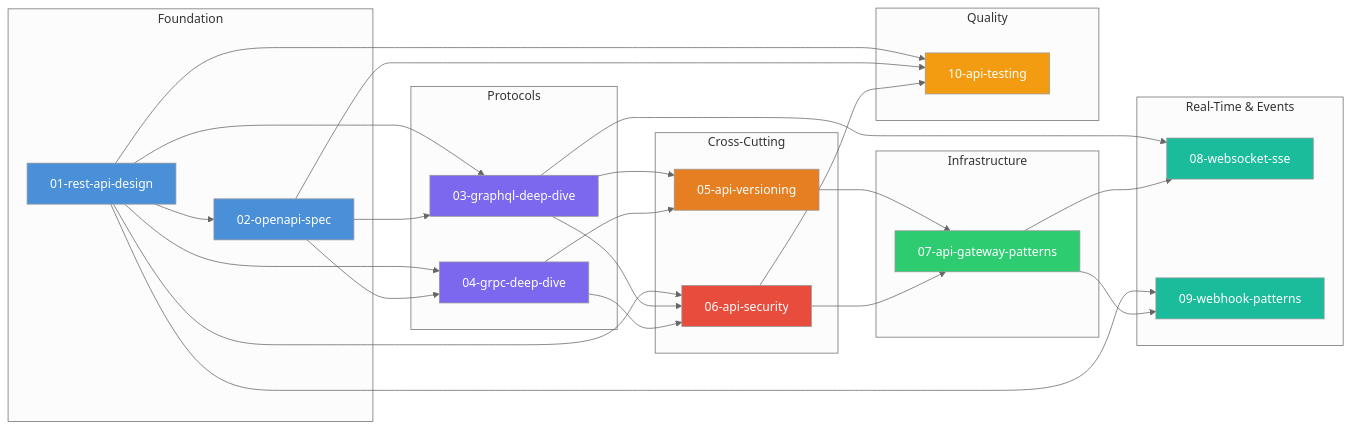
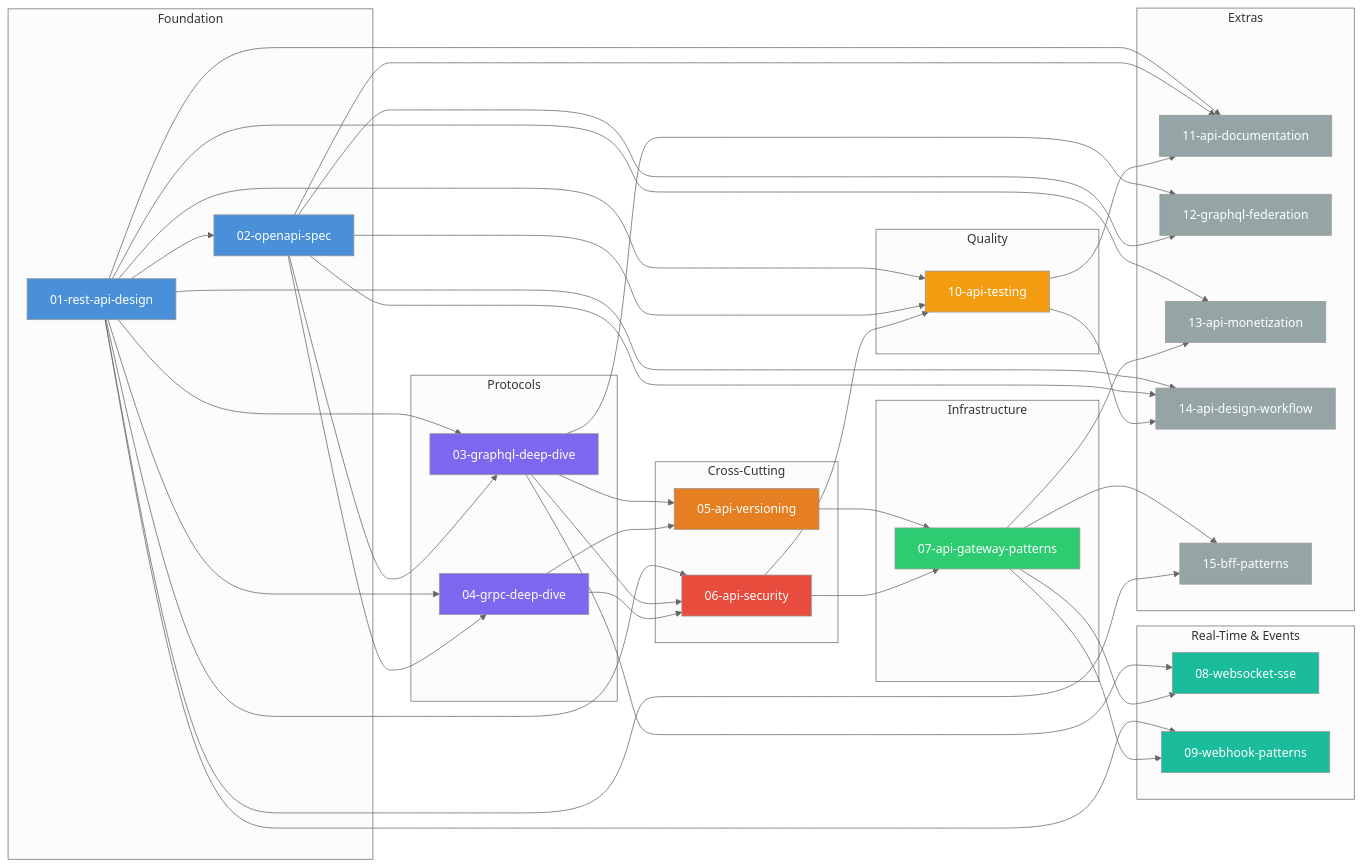
Before and after one commit to ajju853/SystemDesignHandbook: the second of 2 diagrams in 23-API-Design/README.md, drawn with Mermaid (neutral theme). The commit also changed other lines of this file and 32 other files, not shown here.

````diff
--- a/23-API-Design/README.md
+++ b/23-API-Design/README.md
@@ -74,52 +104,76 @@
 ```mermaid
 graph LR
     subgraph "Foundation"
         A[01-rest-api-design] --> B[02-openapi-spec]
     end
     subgraph "Protocols"
         C[03-graphql-deep-dive]
         D[04-grpc-deep-dive]
     end
     subgraph "Cross-Cutting"
         E[05-api-versioning]
         F[06-api-security]
     end
     subgraph "Infrastructure"
         G[07-api-gateway-patterns]
     end
     subgraph "Real-Time & Events"
         H[08-websocket-sse]
         I[09-webhook-patterns]
     end
     subgraph "Quality"
         J[10-api-testing]
     end
+    subgraph "Extras"
+        K[11-api-documentation]
+        L[12-graphql-federation]
+        M[13-api-monetization]
+        N[14-api-design-workflow]
+        O[15-bff-patterns]
+    end
     A --> C
     A --> D
     B --> C
     B --> D
     C --> E
     D --> E
     A --> F
     C --> F
     D --> F
     E --> G
     F --> G
     C --> H
     A --> I
     G --> I
     G --> H
     A --> J
     B --> J
     F --> J
+    A --> K
+    B --> K
+    J --> K
+    C --> L
+    B --> L
+    A --> M
+    G --> M
+    A --> N
+    B --> N
+    J --> N
+    G --> O
+    A --> O
     style A fill:#4a90d9,color:#fff
     style B fill:#4a90d9,color:#fff
     style C fill:#7b68ee,color:#fff
     style D fill:#7b68ee,color:#fff
     style E fill:#e67e22,color:#fff
     style F fill:#e74c3c,color:#fff
     style G fill:#2ecc71,color:#fff
     style H fill:#1abc9c,color:#fff
     style I fill:#1abc9c,color:#fff
     style J fill:#f39c12,color:#fff
+    style K fill:#95a5a6,color:#fff
+    style L fill:#95a5a6,color:#fff
+    style M fill:#95a5a6,color:#fff
+    style N fill:#95a5a6,color:#fff
+    style O fill:#95a5a6,color:#fff
 ```
````
